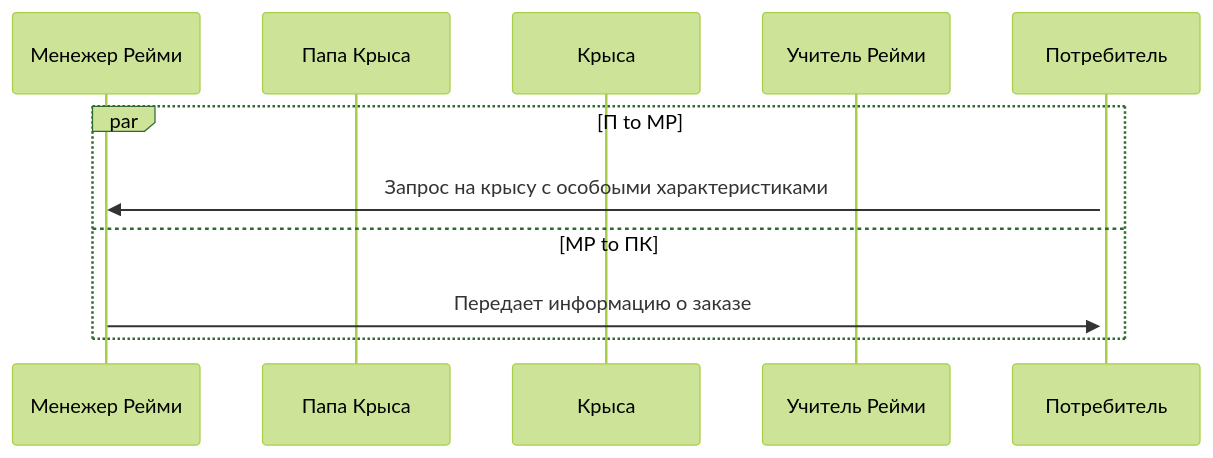
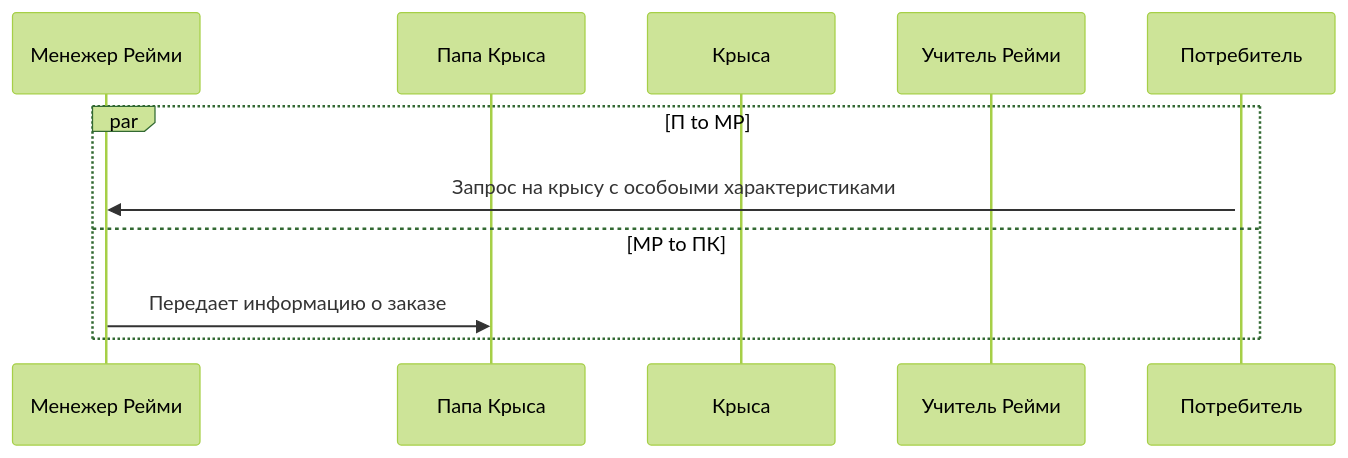
One commit to VegaMethadone/Software-engineering- changed the diagram in README.md. Above: the diagram before and after it, drawn with Mermaid (forest theme).

````diff
--- a/README.md
+++ b/README.md
@@ -13,16 +13,16 @@
 ```mermaid
 sequenceDiagram
     participant МР as Менежер Рейми
     participant ПК as Папа Крыса
     participant К as Крыса
     participant Р as Учитель Рейми
     participant П as Потребитель
     activate П
     par П to МР
         П->>МР: Запрос на крысу с особоыми характеристиками 
     and МР to ПК
-        МР->>П: Передает информацию о заказе
+        МР->>ПК: Передает информацию о заказе
     end
     
     
 ```
````
